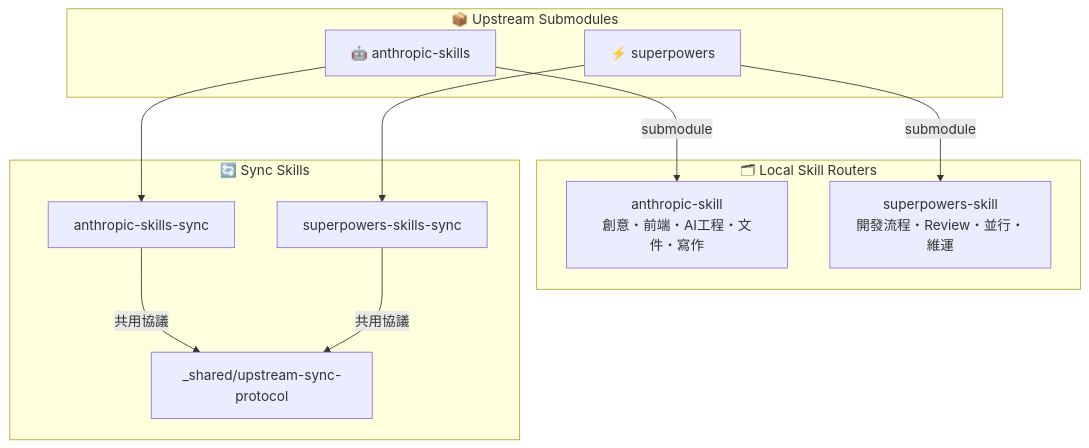
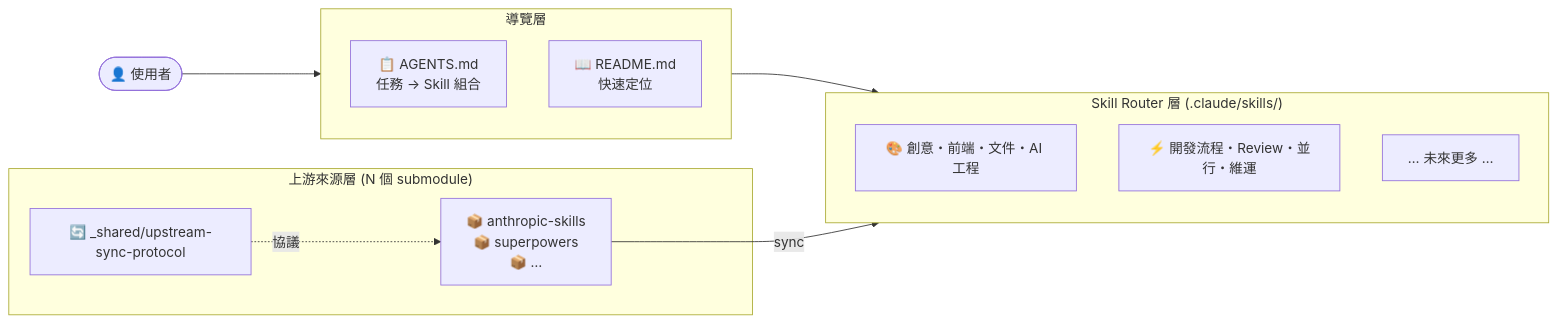
Before and after one commit to Aery9527/ai-copilot-spells: the diagram in docs/superpowers/specs/2026-03-30-superpowers-submodule-integration-design.md, drawn with Mermaid. The commit also changed other lines of this file, not shown here.

Commit message:
docs: update README.md Mermaid diagram to scalable three-layer architecture
Replace per-submodule flat flowchart with stable three-layer design
(nav / router / upstream) so diagram shape doesn't change as more
submodules are added.

````diff
--- a/docs/superpowers/specs/2026-03-30-superpowers-submodule-integration-design.md
+++ b/docs/superpowers/specs/2026-03-30-superpowers-submodule-integration-design.md
@@ -284,21 +284,25 @@
 ```mermaid
-flowchart TD
-    subgraph upstream ["📦 Upstream Submodules"]
-        A["🤖 anthropic-skills"]
-        B["⚡ superpowers"]
+flowchart LR
+    U(["👤 使用者"])
+
+    subgraph nav ["導覽層"]
+        A["📋 AGENTS.md\n任務 → Skill 組合"]
+        B["📖 README.md\n快速定位"]
     end
-    subgraph routers ["🗂 Local Skill Routers"]
-        C["anthropic-skill\n創意・前端・AI工程・文件・寫作"]
-        D["superpowers-skill\n開發流程・Review・並行・維運"]
+
+    subgraph routers ["Skill Router 層 (.claude/skills/)"]
+        direction TB
+        R1["🎨 創意・前端・文件・AI 工程"]
+        R2["⚡ 開發流程・Review・並行・維運"]
+        R3["… 未來更多 …"]
     end
-    subgraph sync ["🔄 Sync Skills"]
-        E["anthropic-skills-sync"]
-        F["superpowers-skills-sync"]
-        G["_shared/upstream-sync-protocol"]
+
+    subgraph upstream ["上游來源層 (N 個 submodule)"]
+        S["📦 anthropic-skills\n📦 superpowers\n📦 …"]
+        P["🔄 _shared/upstream-sync-protocol"]
     end
-    A -->|submodule| C
-    B -->|submodule| D
-    A --> E
-    B --> F
-    E & F -->|共用協議| G
+
+    U --> nav --> routers
+    S -->|"sync"| routers
+    P -.->|"協議"| S
 ```
````
